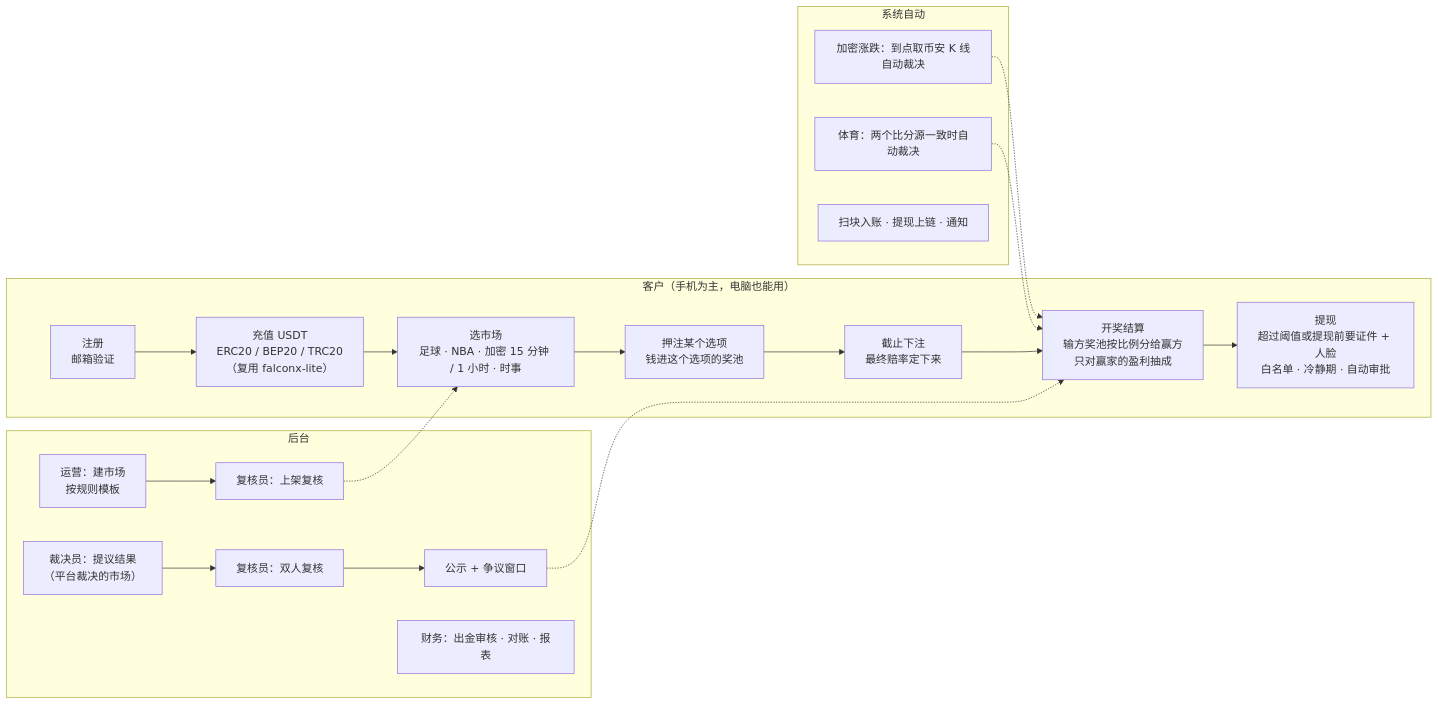
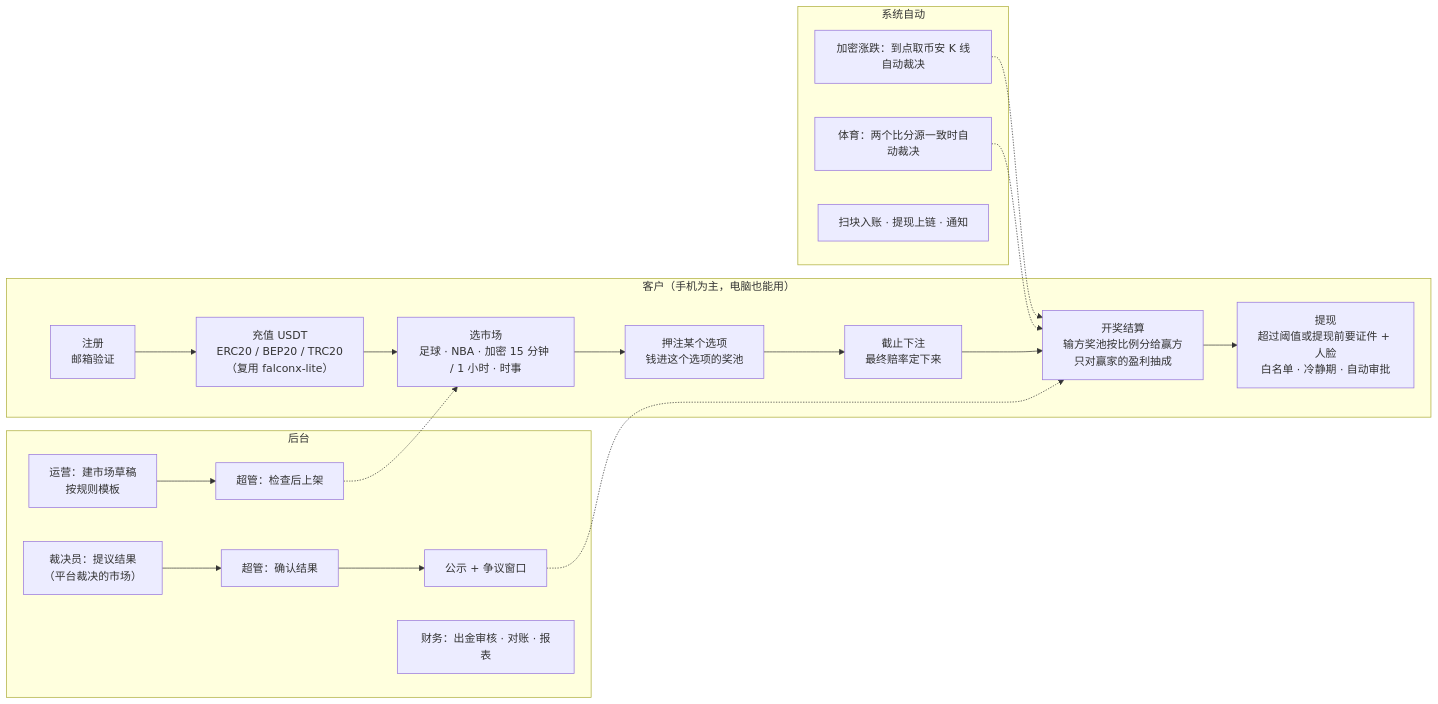
Before and after one commit to dollar3651314/forecast: the first of 5 diagrams in 需求文档/v1-需求说明书.md, drawn with Mermaid. The commit also changed other lines of this file and 6 other files, not shown here.

````diff
--- a/需求文档/v1-需求说明书.md
+++ b/需求文档/v1-需求说明书.md
@@ -17,25 +23,25 @@
 ```mermaid
 flowchart LR
     subgraph C["客户（手机为主，电脑也能用）"]
         C1["注册<br/>邮箱验证"] --> C2["充值 USDT<br/>ERC20 / BEP20 / TRC20<br/>（复用 falconx-lite）"]
         C2 --> C3["选市场<br/>足球 · NBA · 加密 15 分钟 / 1 小时 · 时事"]
         C3 --> C4["押注某个选项<br/>钱进这个选项的奖池"]
         C4 --> C5["截止下注<br/>最终赔率定下来"]
         C5 --> C6["开奖结算<br/>输方奖池按比例分给赢方<br/>只对赢家的盈利抽成"]
         C6 --> C7["提现<br/>超过阈值或提现前要证件 + 人脸<br/>白名单 · 冷静期 · 自动审批"]
     end
     subgraph O["后台"]
-        O1["运营：建市场<br/>按规则模板"] --> O2["复核员：上架复核"]
-        O3["裁决员：提议结果<br/>（平台裁决的市场）"] --> O4["复核员：双人复核"]
+        O1["运营：建市场草稿<br/>按规则模板"] --> O2["超管：检查后上架"]
+        O3["裁决员：提议结果<br/>（平台裁决的市场）"] --> O4["超管：确认结果"]
         O4 --> O5["公示 + 争议窗口"]
         O6["财务：出金审核 · 对账 · 报表"]
     end
     subgraph S["系统自动"]
         S1["加密涨跌：到点取币安 K 线自动裁决"]
         S2["体育：两个比分源一致时自动裁决"]
         S3["扫块入账 · 提现上链 · 通知"]
     end
     O2 -.-> C3
     S1 & S2 -.-> C6
     O5 -.-> C6
 ```
````
